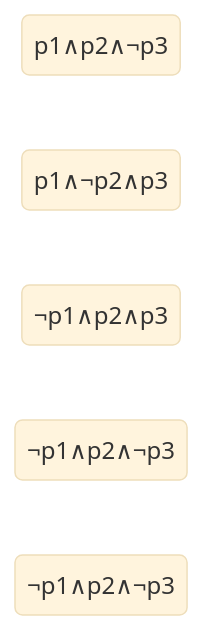
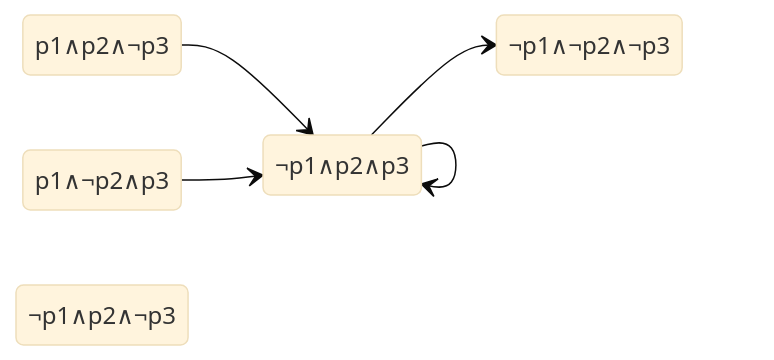
The second of 2 diagrams in COMP3153/Stream b/Stream B - Credit.md (VinayakFia/Obsidian), drawn with Mermaid (base theme) before and after one commit.

Commit message:
vault backup: 2024-11-10 16:44:20

````diff
--- a/COMP3153/Stream b/Stream B - Credit.md
+++ b/COMP3153/Stream b/Stream B - Credit.md
@@ -40,10 +40,16 @@
 ```mermaid
 stateDiagram-v2
 	direction LR
 
 	p1p2 : p1∧p2∧¬p3
 	p1p3 : p1∧¬p2∧p3
 	p2p3 : ¬p1∧p2∧p3
 	p2 : ¬p1∧p2∧¬p3
-	not : ¬p1∧p2∧¬p3
+	not : ¬p1∧¬p2∧¬p3
+
+	p1p2 --> p2p3
+	p1p3 --> p2p3
+	p2p3 --> not
+	p2p3 --> p2p3
+	
 ```
````
